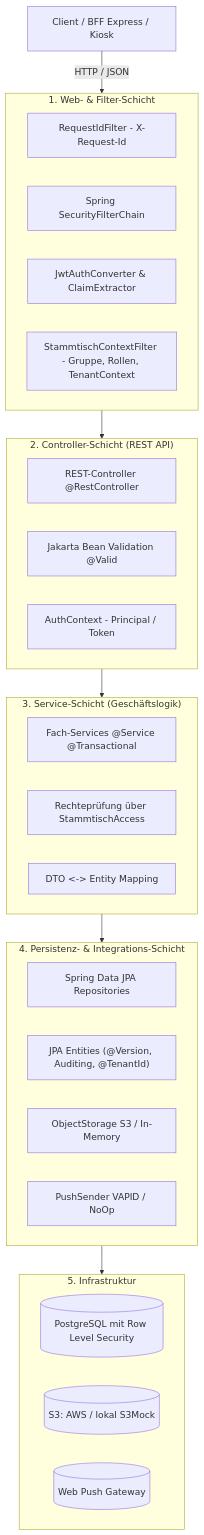
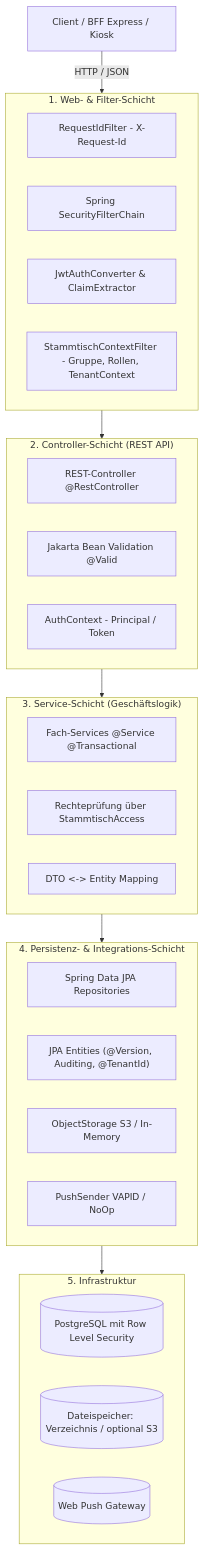
Before and after one commit to damaurer/vereint: the first of 2 diagrams in docs/baseservice/02-architecture-and-layers.md, drawn with Mermaid. The commit also changed 75 other files, not shown here.

````diff
--- a/docs/baseservice/02-architecture-and-layers.md
+++ b/docs/baseservice/02-architecture-and-layers.md
@@ -11,41 +11,41 @@
 ```mermaid
 graph TD
   Client[Client / BFF Express / Kiosk] -->|HTTP / JSON| WebLayer
 
   subgraph WebLayer["1. Web- & Filter-Schicht"]
     ReqId[RequestIdFilter - X-Request-Id]
     SecFilter[Spring SecurityFilterChain]
     Conv[JwtAuthConverter & ClaimExtractor]
     Tenant[StammtischContextFilter - Gruppe, Rollen, TenantContext]
   end
 
   subgraph RestLayer["2. Controller-Schicht (REST API)"]
     Ctrl[REST-Controller @RestController]
     Val[Jakarta Bean Validation @Valid]
     AuthCtx[AuthContext - Principal / Token]
   end
 
   subgraph ServiceLayer["3. Service-Schicht (Geschäftslogik)"]
     Svc["Fach-Services @Service @Transactional"]
     SecMatrix["Rechteprüfung über StammtischAccess"]
     Mapping["DTO <-> Entity Mapping"]
   end
 
   subgraph DataLayer["4. Persistenz- & Integrations-Schicht"]
     Repo[Spring Data JPA Repositories]
     Entities["JPA Entities (@Version, Auditing, @TenantId)"]
     ExtStorage[ObjectStorage S3 / In-Memory]
     ExtPush[PushSender VAPID / NoOp]
   end
 
   subgraph InfraLayer["5. Infrastruktur"]
     DB[(PostgreSQL mit Row Level Security)]
-    S3Store[(S3: AWS / lokal S3Mock)]
+    S3Store[(Dateispeicher: Verzeichnis / optional S3)]
     PushGw[(Web Push Gateway)]
   end
 
   WebLayer --> RestLayer
   RestLayer --> ServiceLayer
   ServiceLayer --> DataLayer
   DataLayer --> InfraLayer
 ```
````
